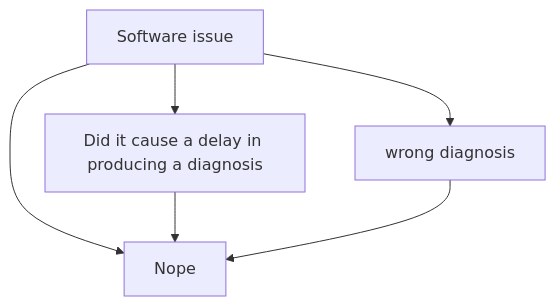
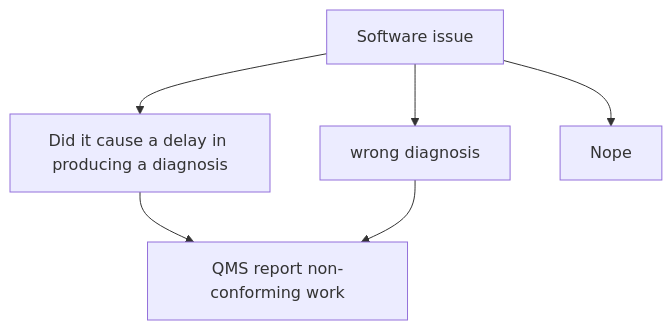
One commit to geertgeeven/BioinformaticaVeldnorm changed the diagram in docs/fieldnorm/feedback.md. Above: the diagram before and after it, drawn with Mermaid.

````diff
--- a/docs/fieldnorm/feedback.md
+++ b/docs/fieldnorm/feedback.md
@@ -15,8 +15,8 @@
 ```mermaid
 graph TD;
     A[Software issue]-->B[Did it cause a delay in producing a diagnosis];
     A-->C[wrong diagnosis];
     A-->D[Nope];
-    B-->D;
-    C-->D;
+    B-->E[QMS report non-conforming work];
+    C-->E;
 ```
````
